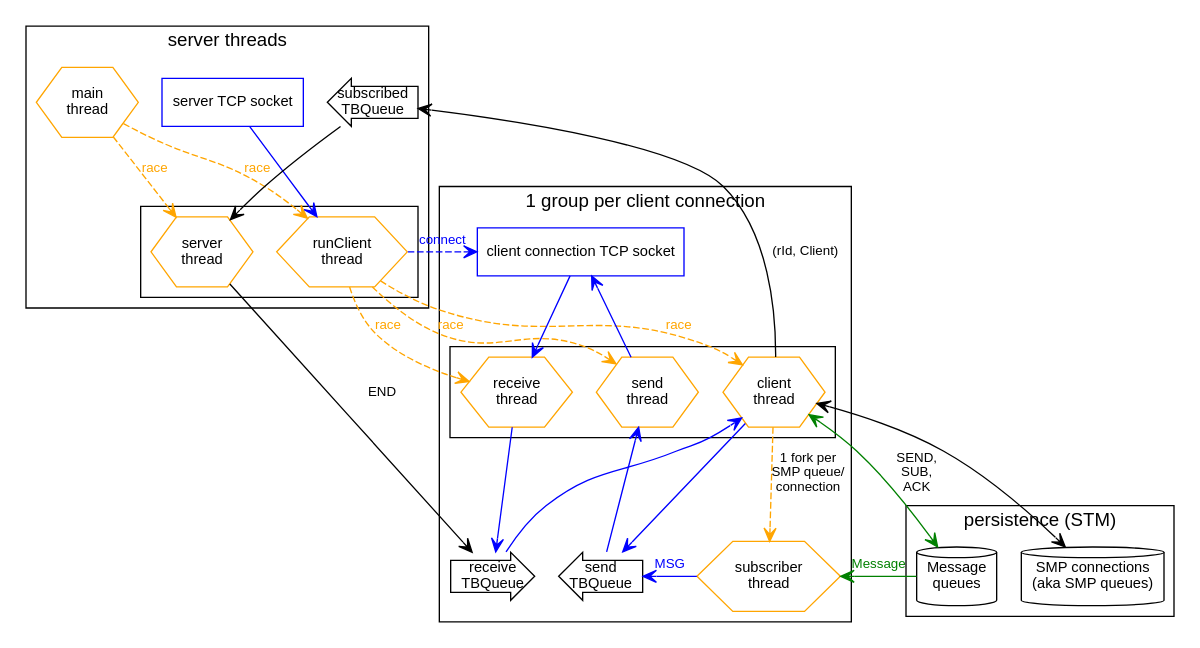
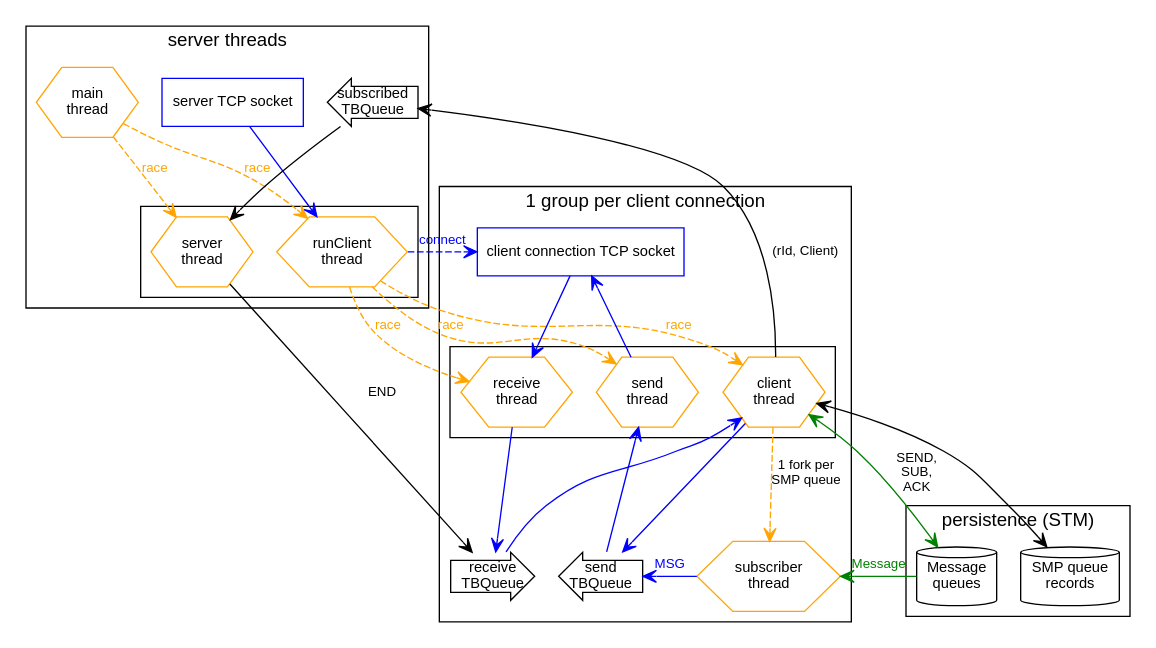
One commit to simplex-chat/simplexmq changed the diagram in design/server.gv. Above: the diagram before and after it, drawn with Graphviz. The commit also changed 1 other file, not shown here.

Commit message:
update diagram

```diff
--- a/design/server.gv
+++ b/design/server.gv
@@ -1,57 +1,57 @@
 digraph SMPServer {
   graph [fontname=arial]
   node [fontname=arial fontsize=11 shape=box]
   edge [fontname=arial fontsize=10 arrowhead=open arrowtail=open]
 
   subgraph clusterPersistence {
     label="persistence (STM)"
     msgQueues [shape=cylinder label="Message\nqueues"]
-    queueStore [shape=cylinder label="SMP connections\n(aka SMP queues)"]
+    queueStore [shape=cylinder label="SMP queue\nrecords"]
   }
 
   subgraph clusterServer {
     label="server threads" 
     main [shape=hexagon color=orange label="main\nthread"]
     ss [label="server TCP socket" color=blue]
     subgraph clusterThreads {
       label="" 
       node [shape=hexagon color=orange]
       runClient [label="runClient\nthread"]
       server [label="server\nthread"]
     }
     subscribedQ [shape="larrow" label="subscribed\nTBQueue"]
     main -> {server runClient} [style=dashed label=race color=orange fontcolor=orange]
     ss -> runClient [color=blue]
     subscribedQ -> server
   }
 
   subgraph clusterConnection {
     label="1 group per client connection"
     cs [label="client connection TCP socket" color=blue]
 
     subgraph clusterThreads {
       node [shape=hexagon, color=orange]
       label=""
       receive [label="receive\nthread"]
       client [label="client\nthread"]
       send [label="send\nthread"]
     }
 
     runClient -> cs [style=dashed label="connect" color=blue fontcolor=blue]
     runClient -> {client receive send} [style=dashed label=race color=orange fontcolor=orange]
     server -> inq [label="END"]
 
     subscriber [shape=hexagon color=orange label="subscriber\nthread"]
 
     inq [shape=rarrow label="receive\nTBQueue"]
     outq [shape=larrow label="send\nTBQueue"]
     cs -> receive -> inq -> client [color=blue]
     msgQueues -> subscriber [label="Message" color=green fontcolor=green]
     subscriber -> outq [label="MSG" color=blue fontcolor=blue constraint=false]
     client -> queueStore [dir=both]
-    client -> subscriber [style=dashed label="1 fork per\nSMP queue/\nconnection" color=orange]
+    client -> subscriber [style=dashed label="1 fork per\nSMP queue" color=orange]
     client -> msgQueues [dir="both" label="SEND,\nSUB,\nACK" color=green]
     client -> outq -> send -> cs [color=blue]
     client -> subscribedQ [label="(rId, Client)"]
   }
 }
```
